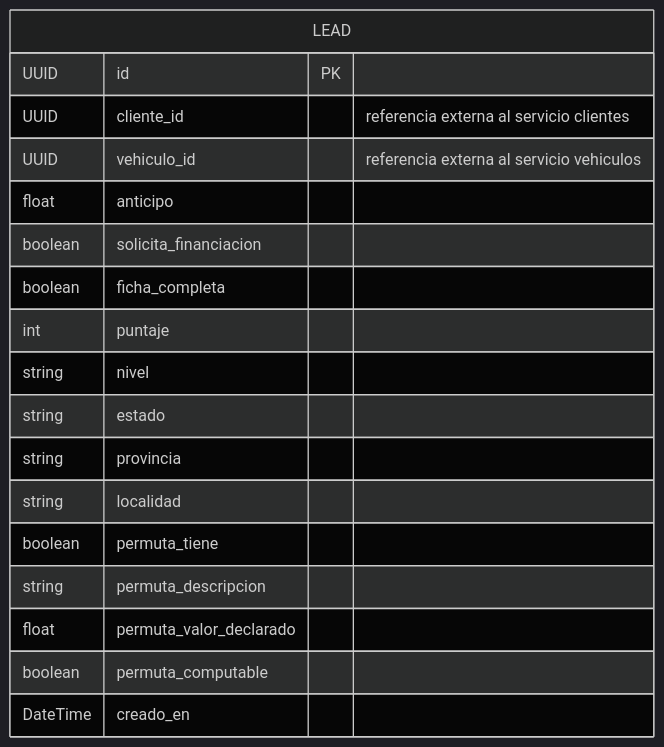
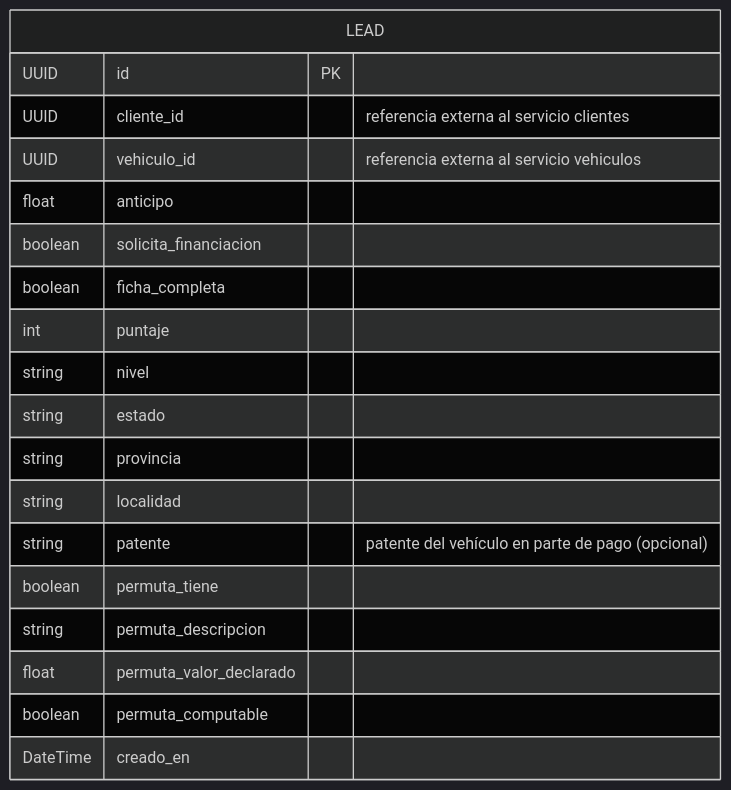
Before and after one commit to naimgaunaa/LeadsMicroservice: the diagram in docs/diagrams/der.mmd, drawn with Mermaid (dark theme). The commit also changed 6 other files, not shown here.

```diff
--- a/docs/diagrams/der.mmd
+++ b/docs/diagrams/der.mmd
@@ -1,25 +1,26 @@
 erDiagram
     %% Base de datos del servicio leads
     %% Cliente y Vehiculo son referencias externas (UUIDs), no tablas propias
     LEAD {
         UUID id PK
         UUID cliente_id "referencia externa al servicio clientes"
         UUID vehiculo_id "referencia externa al servicio vehiculos"
 
         float anticipo
         boolean solicita_financiacion
         boolean ficha_completa
         int puntaje
         string nivel
         string estado
 
         string provincia
         string localidad
+        string patente "patente del vehículo en parte de pago (opcional)"
 
         boolean permuta_tiene
         string permuta_descripcion
         float permuta_valor_declarado
         boolean permuta_computable
 
         DateTime creado_en
     }
```
